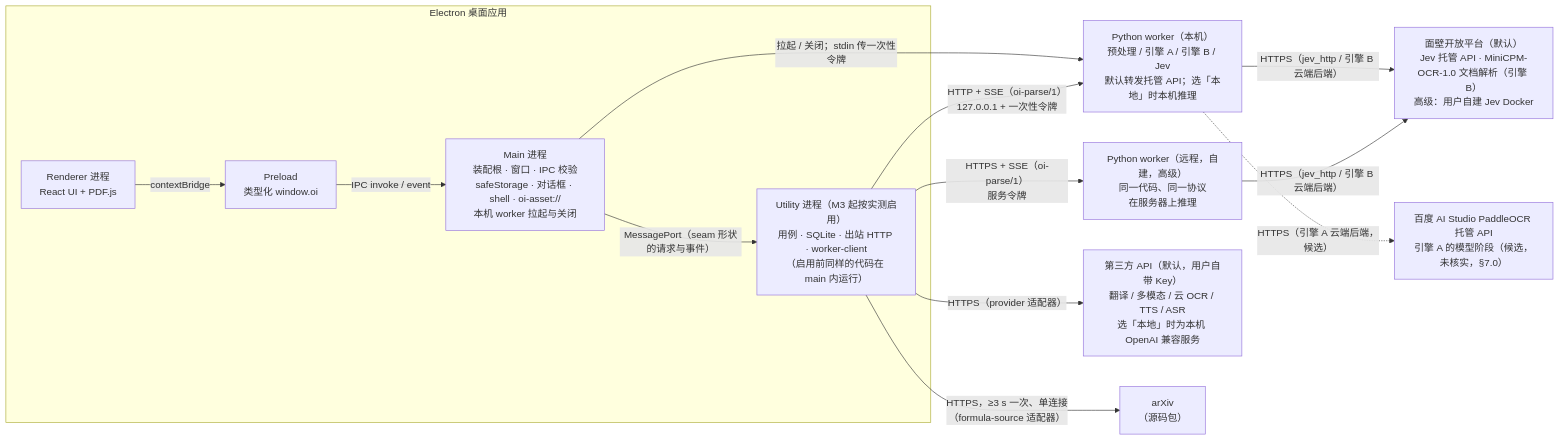
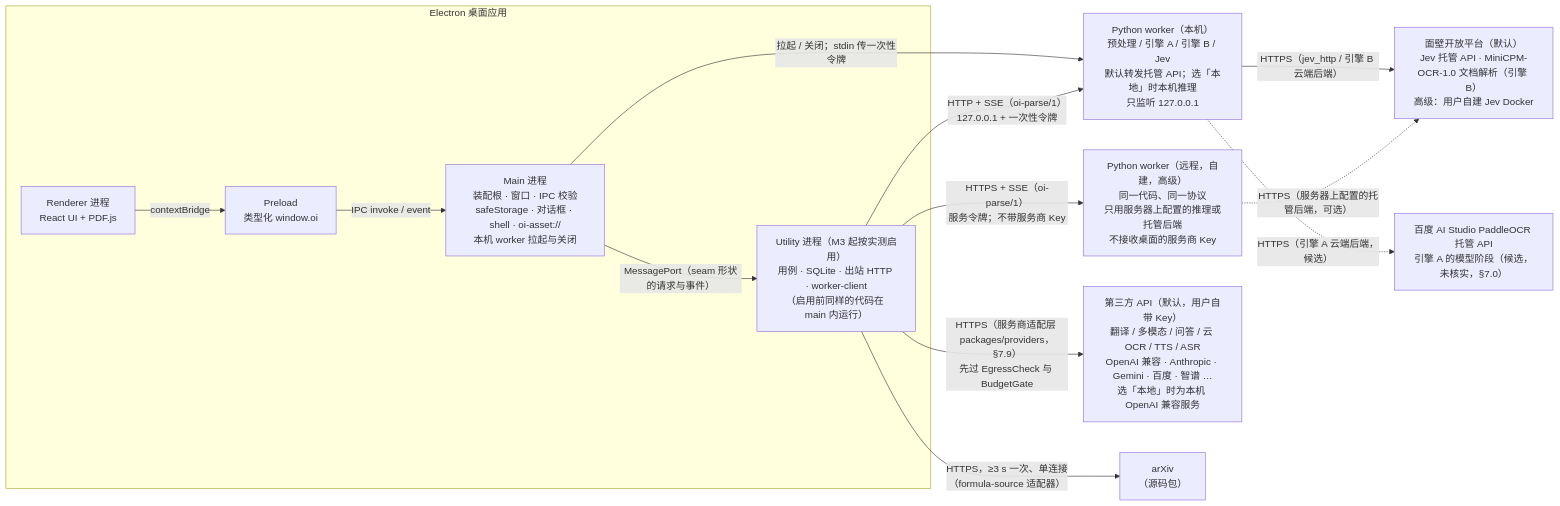
The first of 5 diagrams in ARCHITECTURE.md (wisdom-km/open-immerse-v2), drawn with Mermaid before and after one commit. The commit also changed other lines of this file and 3 other files, not shown here.

````diff
--- a/ARCHITECTURE.md
+++ b/ARCHITECTURE.md
@@ -21,27 +21,27 @@
 ```mermaid
 flowchart LR
   subgraph Desktop["Electron 桌面应用"]
     R["Renderer 进程<br/>React UI + PDF.js"]
     P["Preload<br/>类型化 window.oi"]
     M["Main 进程<br/>装配根 · 窗口 · IPC 校验<br/>safeStorage · 对话框 · shell · oi-asset://<br/>本机 worker 拉起与关闭"]
     U["Utility 进程（M3 起按实测启用）<br/>用例 · SQLite · 出站 HTTP · worker-client<br/>（启用前同样的代码在 main 内运行）"]
   end
-  W1["Python worker（本机）<br/>预处理 / 引擎 A / 引擎 B / Jev<br/>默认转发托管 API；选「本地」时本机推理"]
-  W2["Python worker（远程，自建，高级）<br/>同一代码、同一协议<br/>在服务器上推理"]
+  W1["Python worker（本机）<br/>预处理 / 引擎 A / 引擎 B / Jev<br/>默认转发托管 API；选「本地」时本机推理<br/>只监听 127.0.0.1"]
+  W2["Python worker（远程，自建，高级）<br/>同一代码、同一协议<br/>只用服务器上配置的推理或托管后端<br/>不接收桌面的服务商 Key"]
   QE["面壁开放平台（默认）<br/>Jev 托管 API · MiniCPM-OCR-1.0 文档解析（引擎 B）<br/>高级：用户自建 Jev Docker"]
   PB["百度 AI Studio PaddleOCR 托管 API<br/>引擎 A 的模型阶段（候选，未核实，§7.0）"]
-  API["第三方 API（默认，用户自带 Key）<br/>翻译 / 多模态 / 云 OCR / TTS / ASR<br/>选「本地」时为本机 OpenAI 兼容服务"]
+  API["第三方 API（默认，用户自带 Key）<br/>翻译 / 多模态 / 问答 / 云 OCR / TTS / ASR<br/>OpenAI 兼容 · Anthropic · Gemini · 百度 · 智谱 …<br/>选「本地」时为本机 OpenAI 兼容服务"]
   ARX["arXiv<br/>（源码包）"]
 
   R -- "contextBridge" --> P
   P -- "IPC invoke / event" --> M
   M -- "MessagePort（seam 形状的请求与事件）" --> U
   M -- "拉起 / 关闭；stdin 传一次性令牌" --> W1
   U -- "HTTP + SSE（oi-parse/1）<br/>127.0.0.1 + 一次性令牌" --> W1
-  U -- "HTTPS + SSE（oi-parse/1）<br/>服务令牌" --> W2
+  U -- "HTTPS + SSE（oi-parse/1）<br/>服务令牌；不带服务商 Key" --> W2
   W1 -- "HTTPS（jev_http / 引擎 B 云端后端）" --> QE
-  W2 -- "HTTPS（jev_http / 引擎 B 云端后端）" --> QE
+  W2 -. "HTTPS（服务器上配置的托管后端，可选）" .-> QE
   W1 -. "HTTPS（引擎 A 云端后端，候选）" .-> PB
-  U -- "HTTPS（provider 适配器）" --> API
+  U -- "HTTPS（服务商适配层 packages/providers，§7.9）<br/>先过 EgressCheck 与 BudgetGate" --> API
   U -- "HTTPS，≥3 s 一次、单连接<br/>（formula-source 适配器）" --> ARX
 ```
````
